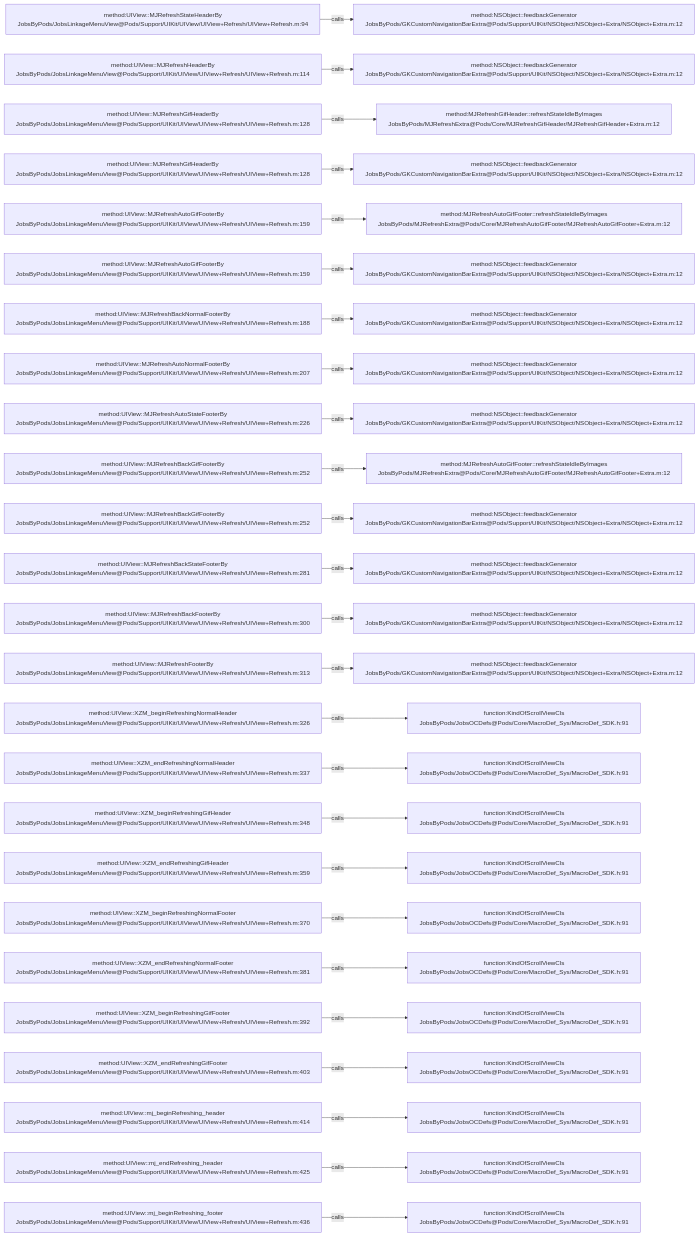
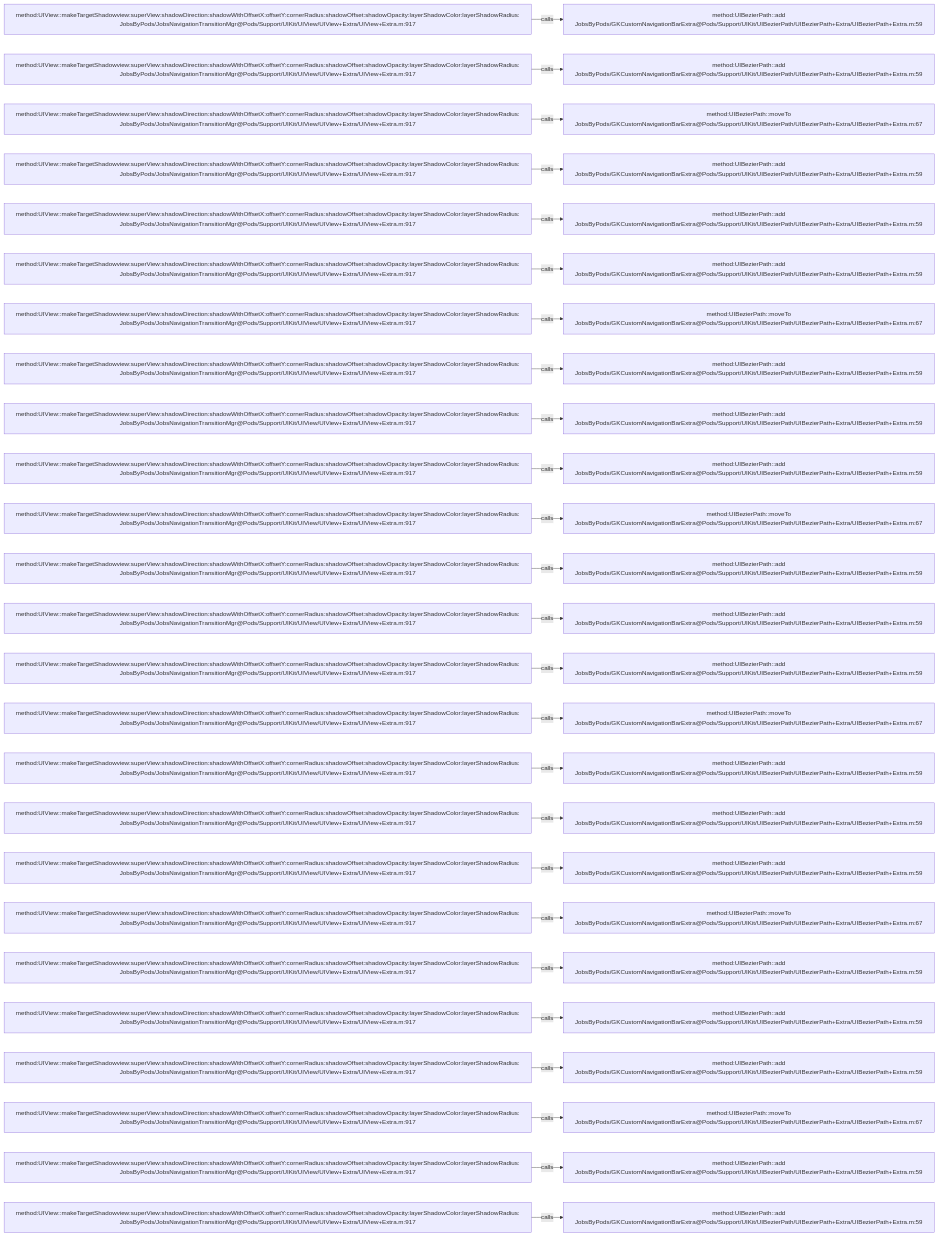
The diagram in .codegraph/codegraph.md/graphs/calls-138.md (JobsKits/JobsOCBaseConfigDemo), drawn with Mermaid before and after one commit. The commit also changed 1026 other files, not shown here.

````diff
--- a/.codegraph/codegraph.md/graphs/calls-138.md
+++ b/.codegraph/codegraph.md/graphs/calls-138.md
@@ -13,78 +13,78 @@
 ```mermaid
 flowchart LR
-  S1["method:UIView::MJRefreshStateHeaderBy<br/>JobsByPods/JobsLinkageMenuView@Pods/Support/UIKit/UIView/UIView+Refresh/UIView+Refresh.m:94"]
-  T1["method:NSObject::feedbackGenerator<br/>JobsByPods/GKCustomNavigationBarExtra@Pods/Support/UIKit/NSObject/NSObject+Extra/NSObject+Extra.m:12"]
+  S1["method:UIView::makeTargetShadowview:superView:shadowDirection:shadowWithOffsetX:offsetY:cornerRadius:shadowOffset:shadowOpacity:layerShadowColor:layerShadowRadius:<br/>JobsByPods/JobsNavigationTransitionMgr@Pods/Support/UIKit/UIView/UIView+Extra/UIView+Extra.m:917"]
+  T1["method:UIBezierPath::add<br/>JobsByPods/GKCustomNavigationBarExtra@Pods/Support/UIKit/UIBezierPath/UIBezierPath+Extra/UIBezierPath+Extra.m:59"]
   S1 -->|calls| T1
-  S2["method:UIView::MJRefreshHeaderBy<br/>JobsByPods/JobsLinkageMenuView@Pods/Support/UIKit/UIView/UIView+Refresh/UIView+Refresh.m:114"]
-  T2["method:NSObject::feedbackGenerator<br/>JobsByPods/GKCustomNavigationBarExtra@Pods/Support/UIKit/NSObject/NSObject+Extra/NSObject+Extra.m:12"]
+  S2["method:UIView::makeTargetShadowview:superView:shadowDirection:shadowWithOffsetX:offsetY:cornerRadius:shadowOffset:shadowOpacity:layerShadowColor:layerShadowRadius:<br/>JobsByPods/JobsNavigationTransitionMgr@Pods/Support/UIKit/UIView/UIView+Extra/UIView+Extra.m:917"]
+  T2["method:UIBezierPath::add<br/>JobsByPods/GKCustomNavigationBarExtra@Pods/Support/UIKit/UIBezierPath/UIBezierPath+Extra/UIBezierPath+Extra.m:59"]
   S2 -->|calls| T2
-  S3["method:UIView::MJRefreshGifHeaderBy<br/>JobsByPods/JobsLinkageMenuView@Pods/Support/UIKit/UIView/UIView+Refresh/UIView+Refresh.m:128"]
-  T3["method:MJRefreshGifHeader::refreshStateIdleByImages<br/>JobsByPods/MJRefreshExtra@Pods/Core/MJRefreshGifHeader/MJRefreshGifHeader+Extra.m:12"]
+  S3["method:UIView::makeTargetShadowview:superView:shadowDirection:shadowWithOffsetX:offsetY:cornerRadius:shadowOffset:shadowOpacity:layerShadowColor:layerShadowRadius:<br/>JobsByPods/JobsNavigationTransitionMgr@Pods/Support/UIKit/UIView/UIView+Extra/UIView+Extra.m:917"]
+  T3["method:UIBezierPath::moveTo<br/>JobsByPods/GKCustomNavigationBarExtra@Pods/Support/UIKit/UIBezierPath/UIBezierPath+Extra/UIBezierPath+Extra.m:67"]
   S3 -->|calls| T3
-  S4["method:UIView::MJRefreshGifHeaderBy<br/>JobsByPods/JobsLinkageMenuView@Pods/Support/UIKit/UIView/UIView+Refresh/UIView+Refresh.m:128"]
-  T4["method:NSObject::feedbackGenerator<br/>JobsByPods/GKCustomNavigationBarExtra@Pods/Support/UIKit/NSObject/NSObject+Extra/NSObject+Extra.m:12"]
+  S4["method:UIView::makeTargetShadowview:superView:shadowDirection:shadowWithOffsetX:offsetY:cornerRadius:shadowOffset:shadowOpacity:layerShadowColor:layerShadowRadius:<br/>JobsByPods/JobsNavigationTransitionMgr@Pods/Support/UIKit/UIView/UIView+Extra/UIView+Extra.m:917"]
+  T4["method:UIBezierPath::add<br/>JobsByPods/GKCustomNavigationBarExtra@Pods/Support/UIKit/UIBezierPath/UIBezierPath+Extra/UIBezierPath+Extra.m:59"]
   S4 -->|calls| T4
-  S5["method:UIView::MJRefreshAutoGifFooterBy<br/>JobsByPods/JobsLinkageMenuView@Pods/Support/UIKit/UIView/UIView+Refresh/UIView+Refresh.m:159"]
-  T5["method:MJRefreshAutoGifFooter::refreshStateIdleByImages<br/>JobsByPods/MJRefreshExtra@Pods/Core/MJRefreshAutoGifFooter/MJRefreshAutoGifFooter+Extra.m:12"]
+  S5["method:UIView::makeTargetShadowview:superView:shadowDirection:shadowWithOffsetX:offsetY:cornerRadius:shadowOffset:shadowOpacity:layerShadowColor:layerShadowRadius:<br/>JobsByPods/JobsNavigationTransitionMgr@Pods/Support/UIKit/UIView/UIView+Extra/UIView+Extra.m:917"]
+  T5["method:UIBezierPath::add<br/>JobsByPods/GKCustomNavigationBarExtra@Pods/Support/UIKit/UIBezierPath/UIBezierPath+Extra/UIBezierPath+Extra.m:59"]
   S5 -->|calls| T5
-  S6["method:UIView::MJRefreshAutoGifFooterBy<br/>JobsByPods/JobsLinkageMenuView@Pods/Support/UIKit/UIView/UIView+Refresh/UIView+Refresh.m:159"]
-  T6["method:NSObject::feedbackGenerator<br/>JobsByPods/GKCustomNavigationBarExtra@Pods/Support/UIKit/NSObject/NSObject+Extra/NSObject+Extra.m:12"]
+  S6["method:UIView::makeTargetShadowview:superView:shadowDirection:shadowWithOffsetX:offsetY:cornerRadius:shadowOffset:shadowOpacity:layerShadowColor:layerShadowRadius:<br/>JobsByPods/JobsNavigationTransitionMgr@Pods/Support/UIKit/UIView/UIView+Extra/UIView+Extra.m:917"]
+  T6["method:UIBezierPath::add<br/>JobsByPods/GKCustomNavigationBarExtra@Pods/Support/UIKit/UIBezierPath/UIBezierPath+Extra/UIBezierPath+Extra.m:59"]
   S6 -->|calls| T6
-  S7["method:UIView::MJRefreshBackNormalFooterBy<br/>JobsByPods/JobsLinkageMenuView@Pods/Support/UIKit/UIView/UIView+Refresh/UIView+Refresh.m:188"]
-  T7["method:NSObject::feedbackGenerator<br/>JobsByPods/GKCustomNavigationBarExtra@Pods/Support/UIKit/NSObject/NSObject+Extra/NSObject+Extra.m:12"]
+  S7["method:UIView::makeTargetShadowview:superView:shadowDirection:shadowWithOffsetX:offsetY:cornerRadius:shadowOffset:shadowOpacity:layerShadowColor:layerShadowRadius:<br/>JobsByPods/JobsNavigationTransitionMgr@Pods/Support/UIKit/UIView/UIView+Extra/UIView+Extra.m:917"]
+  T7["method:UIBezierPath::moveTo<br/>JobsByPods/GKCustomNavigationBarExtra@Pods/Support/UIKit/UIBezierPath/UIBezierPath+Extra/UIBezierPath+Extra.m:67"]
   S7 -->|calls| T7
-  S8["method:UIView::MJRefreshAutoNormalFooterBy<br/>JobsByPods/JobsLinkageMenuView@Pods/Support/UIKit/UIView/UIView+Refresh/UIView+Refresh.m:207"]
-  T8["method:NSObject::feedbackGenerator<br/>JobsByPods/GKCustomNavigationBarExtra@Pods/Support/UIKit/NSObject/NSObject+Extra/NSObject+Extra.m:12"]
+  S8["method:UIView::makeTargetShadowview:superView:shadowDirection:shadowWithOffsetX:offsetY:cornerRadius:shadowOffset:shadowOpacity:layerShadowColor:layerShadowRadius:<br/>JobsByPods/JobsNavigationTransitionMgr@Pods/Support/UIKit/UIView/UIView+Extra/UIView+Extra.m:917"]
+  T8["method:UIBezierPath::add<br/>JobsByPods/GKCustomNavigationBarExtra@Pods/Support/UIKit/UIBezierPath/UIBezierPath+Extra/UIBezierPath+Extra.m:59"]
   S8 -->|calls| T8
-  S9["method:UIView::MJRefreshAutoStateFooterBy<br/>JobsByPods/JobsLinkageMenuView@Pods/Support/UIKit/UIView/UIView+Refresh/UIView+Refresh.m:226"]
-  T9["method:NSObject::feedbackGenerator<br/>JobsByPods/GKCustomNavigationBarExtra@Pods/Support/UIKit/NSObject/NSObject+Extra/NSObject+Extra.m:12"]
+  S9["method:UIView::makeTargetShadowview:superView:shadowDirection:shadowWithOffsetX:offsetY:cornerRadius:shadowOffset:shadowOpacity:layerShadowColor:layerShadowRadius:<br/>JobsByPods/JobsNavigationTransitionMgr@Pods/Support/UIKit/UIView/UIView+Extra/UIView+Extra.m:917"]
+  T9["method:UIBezierPath::add<br/>JobsByPods/GKCustomNavigationBarExtra@Pods/Support/UIKit/UIBezierPath/UIBezierPath+Extra/UIBezierPath+Extra.m:59"]
   S9 -->|calls| T9
-  S10["method:UIView::MJRefreshBackGifFooterBy<br/>JobsByPods/JobsLinkageMenuView@Pods/Support/UIKit/UIView/UIView+Refresh/UIView+Refresh.m:252"]
-  T10["method:MJRefreshAutoGifFooter::refreshStateIdleByImages<br/>JobsByPods/MJRefreshExtra@Pods/Core/MJRefreshAutoGifFooter/MJRefreshAutoGifFooter+Extra.m:12"]
+  S10["method:UIView::makeTargetShadowview:superView:shadowDirection:shadowWithOffsetX:offsetY:cornerRadius:shadowOffset:shadowOpacity:layerShadowColor:layerShadowRadius:<br/>JobsByPods/JobsNavigationTransitionMgr@Pods/Support/UIKit/UIView/UIView+Extra/UIView+Extra.m:917"]
+  T10["method:UIBezierPath::add<br/>JobsByPods/GKCustomNavigationBarExtra@Pods/Support/UIKit/UIBezierPath/UIBezierPath+Extra/UIBezierPath+Extra.m:59"]
   S10 -->|calls| T10
-  S11["method:UIView::MJRefreshBackGifFooterBy<br/>JobsByPods/JobsLinkageMenuView@Pods/Support/UIKit/UIView/UIView+Refresh/UIView+Refresh.m:252"]
-  T11["method:NSObject::feedbackGenerator<br/>JobsByPods/GKCustomNavigationBarExtra@Pods/Support/UIKit/NSObject/NSObject+Extra/NSObject+Extra.m:12"]
+  S11["method:UIView::makeTargetShadowview:superView:shadowDirection:shadowWithOffsetX:offsetY:cornerRadius:shadowOffset:shadowOpacity:layerShadowColor:layerShadowRadius:<br/>JobsByPods/JobsNavigationTransitionMgr@Pods/Support/UIKit/UIView/UIView+Extra/UIView+Extra.m:917"]
+  T11["method:UIBezierPath::moveTo<br/>JobsByPods/GKCustomNavigationBarExtra@Pods/Support/UIKit/UIBezierPath/UIBezierPath+Extra/UIBezierPath+Extra.m:67"]
   S11 -->|calls| T11
-  S12["method:UIView::MJRefreshBackStateFooterBy<br/>JobsByPods/JobsLinkageMenuView@Pods/Support/UIKit/UIView/UIView+Refresh/UIView+Refresh.m:281"]
-  T12["method:NSObject::feedbackGenerator<br/>JobsByPods/GKCustomNavigationBarExtra@Pods/Support/UIKit/NSObject/NSObject+Extra/NSObject+Extra.m:12"]
+  S12["method:UIView::makeTargetShadowview:superView:shadowDirection:shadowWithOffsetX:offsetY:cornerRadius:shadowOffset:shadowOpacity:layerShadowColor:layerShadowRadius:<br/>JobsByPods/JobsNavigationTransitionMgr@Pods/Support/UIKit/UIView/UIView+Extra/UIView+Extra.m:917"]
+  T12["method:UIBezierPath::add<br/>JobsByPods/GKCustomNavigationBarExtra@Pods/Support/UIKit/UIBezierPath/UIBezierPath+Extra/UIBezierPath+Extra.m:59"]
   S12 -->|calls| T12
-  S13["method:UIView::MJRefreshBackFooterBy<br/>JobsByPods/JobsLinkageMenuView@Pods/Support/UIKit/UIView/UIView+Refresh/UIView+Refresh.m:300"]
-  T13["method:NSObject::feedbackGenerator<br/>JobsByPods/GKCustomNavigationBarExtra@Pods/Support/UIKit/NSObject/NSObject+Extra/NSObject+Extra.m:12"]
+  S13["method:UIView::makeTargetShadowview:superView:shadowDirection:shadowWithOffsetX:offsetY:cornerRadius:shadowOffset:shadowOpacity:layerShadowColor:layerShadowRadius:<br/>JobsByPods/JobsNavigationTransitionMgr@Pods/Support/UIKit/UIView/UIView+Extra/UIView+Extra.m:917"]
+  T13["method:UIBezierPath::add<br/>JobsByPods/GKCustomNavigationBarExtra@Pods/Support/UIKit/UIBezierPath/UIBezierPath+Extra/UIBezierPath+Extra.m:59"]
   S13 -->|calls| T13
-  S14["method:UIView::MJRefreshFooterBy<br/>JobsByPods/JobsLinkageMenuView@Pods/Support/UIKit/UIView/UIView+Refresh/UIView+Refresh.m:313"]
-  T14["method:NSObject::feedbackGenerator<br/>JobsByPods/GKCustomNavigationBarExtra@Pods/Support/UIKit/NSObject/NSObject+Extra/NSObject+Extra.m:12"]
+  S14["method:UIView::makeTargetShadowview:superView:shadowDirection:shadowWithOffsetX:offsetY:cornerRadius:shadowOffset:shadowOpacity:layerShadowColor:layerShadowRadius:<br/>JobsByPods/JobsNavigationTransitionMgr@Pods/Support/UIKit/UIView/UIView+Extra/UIView+Extra.m:917"]
+  T14["method:UIBezierPath::add<br/>JobsByPods/GKCustomNavigationBarExtra@Pods/Support/UIKit/UIBezierPath/UIBezierPath+Extra/UIBezierPath+Extra.m:59"]
   S14 -->|calls| T14
-  S15["method:UIView::XZM_beginRefreshingNormalHeader<br/>JobsByPods/JobsLinkageMenuView@Pods/Support/UIKit/UIView/UIView+Refresh/UIView+Refresh.m:326"]
-  T15["function:KindOfScrollViewCls<br/>JobsByPods/JobsOCDefs@Pods/Core/MacroDef_Sys/MacroDef_SDK.h:91"]
+  S15["method:UIView::makeTargetShadowview:superView:shadowDirection:shadowWithOffsetX:offsetY:cornerRadius:shadowOffset:shadowOpacity:layerShadowColor:layerShadowRadius:<br/>JobsByPods/JobsNavigationTransitionMgr@Pods/Support/UIKit/UIView/UIView+Extra/UIView+Extra.m:917"]
+  T15["method:UIBezierPath::moveTo<br/>JobsByPods/GKCustomNavigationBarExtra@Pods/Support/UIKit/UIBezierPath/UIBezierPath+Extra/UIBezierPath+Extra.m:67"]
   S15 -->|calls| T15
-  S16["method:UIView::XZM_endRefreshingNormalHeader<br/>JobsByPods/JobsLinkageMenuView@Pods/Support/UIKit/UIView/UIView+Refresh/UIView+Refresh.m:337"]
-  T16["function:KindOfScrollViewCls<br/>JobsByPods/JobsOCDefs@Pods/Core/MacroDef_Sys/MacroDef_SDK.h:91"]
+  S16["method:UIView::makeTargetShadowview:superView:shadowDirection:shadowWithOffsetX:offsetY:cornerRadius:shadowOffset:shadowOpacity:layerShadowColor:layerShadowRadius:<br/>JobsByPods/JobsNavigationTransitionMgr@Pods/Support/UIKit/UIView/UIView+Extra/UIView+Extra.m:917"]
+  T16["method:UIBezierPath::add<br/>JobsByPods/GKCustomNavigationBarExtra@Pods/Support/UIKit/UIBezierPath/UIBezierPath+Extra/UIBezierPath+Extra.m:59"]
   S16 -->|calls| T16
-  S17["method:UIView::XZM_beginRefreshingGifHeader<br/>JobsByPods/JobsLinkageMenuView@Pods/Support/UIKit/UIView/UIView+Refresh/UIView+Refresh.m:348"]
-  T17["function:KindOfScrollViewCls<br/>JobsByPods/JobsOCDefs@Pods/Core/MacroDef_Sys/MacroDef_SDK.h:91"]
+  S17["method:UIView::makeTargetShadowview:superView:shadowDirection:shadowWithOffsetX:offsetY:cornerRadius:shadowOffset:shadowOpacity:layerShadowColor:layerShadowRadius:<br/>JobsByPods/JobsNavigationTransitionMgr@Pods/Support/UIKit/UIView/UIView+Extra/UIView+Extra.m:917"]
+  T17["method:UIBezierPath::add<br/>JobsByPods/GKCustomNavigationBarExtra@Pods/Support/UIKit/UIBezierPath/UIBezierPath+Extra/UIBezierPath+Extra.m:59"]
   S17 -->|calls| T17
-  S18["method:UIView::XZM_endRefreshingGifHeader<br/>JobsByPods/JobsLinkageMenuView@Pods/Support/UIKit/UIView/UIView+Refresh/UIView+Refresh.m:359"]
-  T18["function:KindOfScrollViewCls<br/>JobsByPods/JobsOCDefs@Pods/Core/MacroDef_Sys/MacroDef_SDK.h:91"]
+  S18["method:UIView::makeTargetShadowview:superView:shadowDirection:shadowWithOffsetX:offsetY:cornerRadius:shadowOffset:shadowOpacity:layerShadowColor:layerShadowRadius:<br/>JobsByPods/JobsNavigationTransitionMgr@Pods/Support/UIKit/UIView/UIView+Extra/UIView+Extra.m:917"]
+  T18["method:UIBezierPath::add<br/>JobsByPods/GKCustomNavigationBarExtra@Pods/Support/UIKit/UIBezierPath/UIBezierPath+Extra/UIBezierPath+Extra.m:59"]
   S18 -->|calls| T18
-  S19["method:UIView::XZM_beginRefreshingNormalFooter<br/>JobsByPods/JobsLinkageMenuView@Pods/Support/UIKit/UIView/UIView+Refresh/UIView+Refresh.m:370"]
-  T19["function:KindOfScrollViewCls<br/>JobsByPods/JobsOCDefs@Pods/Core/MacroDef_Sys/MacroDef_SDK.h:91"]
+  S19["method:UIView::makeTargetShadowview:superView:shadowDirection:shadowWithOffsetX:offsetY:cornerRadius:shadowOffset:shadowOpacity:layerShadowColor:layerShadowRadius:<br/>JobsByPods/JobsNavigationTransitionMgr@Pods/Support/UIKit/UIView/UIView+Extra/UIView+Extra.m:917"]
+  T19["method:UIBezierPath::moveTo<br/>JobsByPods/GKCustomNavigationBarExtra@Pods/Support/UIKit/UIBezierPath/UIBezierPath+Extra/UIBezierPath+Extra.m:67"]
   S19 -->|calls| T19
-  S20["method:UIView::XZM_endRefreshingNormalFooter<br/>JobsByPods/JobsLinkageMenuView@Pods/Support/UIKit/UIView/UIView+Refresh/UIView+Refresh.m:381"]
-  T20["function:KindOfScrollViewCls<br/>JobsByPods/JobsOCDefs@Pods/Core/MacroDef_Sys/MacroDef_SDK.h:91"]
+  S20["method:UIView::makeTargetShadowview:superView:shadowDirection:shadowWithOffsetX:offsetY:cornerRadius:shadowOffset:shadowOpacity:layerShadowColor:layerShadowRadius:<br/>JobsByPods/JobsNavigationTransitionMgr@Pods/Support/UIKit/UIView/UIView+Extra/UIView+Extra.m:917"]
+  T20["method:UIBezierPath::add<br/>JobsByPods/GKCustomNavigationBarExtra@Pods/Support/UIKit/UIBezierPath/UIBezierPath+Extra/UIBezierPath+Extra.m:59"]
   S20 -->|calls| T20
-  S21["method:UIView::XZM_beginRefreshingGifFooter<br/>JobsByPods/JobsLinkageMenuView@Pods/Support/UIKit/UIView/UIView+Refresh/UIView+Refresh.m:392"]
-  T21["function:KindOfScrollViewCls<br/>JobsByPods/JobsOCDefs@Pods/Core/MacroDef_Sys/MacroDef_SDK.h:91"]
+  S21["method:UIView::makeTargetShadowview:superView:shadowDirection:shadowWithOffsetX:offsetY:cornerRadius:shadowOffset:shadowOpacity:layerShadowColor:layerShadowRadius:<br/>JobsByPods/JobsNavigationTransitionMgr@Pods/Support/UIKit/UIView/UIView+Extra/UIView+Extra.m:917"]
+  T21["method:UIBezierPath::add<br/>JobsByPods/GKCustomNavigationBarExtra@Pods/Support/UIKit/UIBezierPath/UIBezierPath+Extra/UIBezierPath+Extra.m:59"]
   S21 -->|calls| T21
-  S22["method:UIView::XZM_endRefreshingGifFooter<br/>JobsByPods/JobsLinkageMenuView@Pods/Support/UIKit/UIView/UIView+Refresh/UIView+Refresh.m:403"]
-  T22["function:KindOfScrollViewCls<br/>JobsByPods/JobsOCDefs@Pods/Core/MacroDef_Sys/MacroDef_SDK.h:91"]
+  S22["method:UIView::makeTargetShadowview:superView:shadowDirection:shadowWithOffsetX:offsetY:cornerRadius:shadowOffset:shadowOpacity:layerShadowColor:layerShadowRadius:<br/>JobsByPods/JobsNavigationTransitionMgr@Pods/Support/UIKit/UIView/UIView+Extra/UIView+Extra.m:917"]
+  T22["method:UIBezierPath::add<br/>JobsByPods/GKCustomNavigationBarExtra@Pods/Support/UIKit/UIBezierPath/UIBezierPath+Extra/UIBezierPath+Extra.m:59"]
   S22 -->|calls| T22
-  S23["method:UIView::mj_beginRefreshing_header<br/>JobsByPods/JobsLinkageMenuView@Pods/Support/UIKit/UIView/UIView+Refresh/UIView+Refresh.m:414"]
-  T23["function:KindOfScrollViewCls<br/>JobsByPods/JobsOCDefs@Pods/Core/MacroDef_Sys/MacroDef_SDK.h:91"]
+  S23["method:UIView::makeTargetShadowview:superView:shadowDirection:shadowWithOffsetX:offsetY:cornerRadius:shadowOffset:shadowOpacity:layerShadowColor:layerShadowRadius:<br/>JobsByPods/JobsNavigationTransitionMgr@Pods/Support/UIKit/UIView/UIView+Extra/UIView+Extra.m:917"]
+  T23["method:UIBezierPath::moveTo<br/>JobsByPods/GKCustomNavigationBarExtra@Pods/Support/UIKit/UIBezierPath/UIBezierPath+Extra/UIBezierPath+Extra.m:67"]
   S23 -->|calls| T23
-  S24["method:UIView::mj_endRefreshing_header<br/>JobsByPods/JobsLinkageMenuView@Pods/Support/UIKit/UIView/UIView+Refresh/UIView+Refresh.m:425"]
-  T24["function:KindOfScrollViewCls<br/>JobsByPods/JobsOCDefs@Pods/Core/MacroDef_Sys/MacroDef_SDK.h:91"]
+  S24["method:UIView::makeTargetShadowview:superView:shadowDirection:shadowWithOffsetX:offsetY:cornerRadius:shadowOffset:shadowOpacity:layerShadowColor:layerShadowRadius:<br/>JobsByPods/JobsNavigationTransitionMgr@Pods/Support/UIKit/UIView/UIView+Extra/UIView+Extra.m:917"]
+  T24["method:UIBezierPath::add<br/>JobsByPods/GKCustomNavigationBarExtra@Pods/Support/UIKit/UIBezierPath/UIBezierPath+Extra/UIBezierPath+Extra.m:59"]
   S24 -->|calls| T24
-  S25["method:UIView::mj_beginRefreshing_footer<br/>JobsByPods/JobsLinkageMenuView@Pods/Support/UIKit/UIView/UIView+Refresh/UIView+Refresh.m:436"]
-  T25["function:KindOfScrollViewCls<br/>JobsByPods/JobsOCDefs@Pods/Core/MacroDef_Sys/MacroDef_SDK.h:91"]
+  S25["method:UIView::makeTargetShadowview:superView:shadowDirection:shadowWithOffsetX:offsetY:cornerRadius:shadowOffset:shadowOpacity:layerShadowColor:layerShadowRadius:<br/>JobsByPods/JobsNavigationTransitionMgr@Pods/Support/UIKit/UIView/UIView+Extra/UIView+Extra.m:917"]
+  T25["method:UIBezierPath::add<br/>JobsByPods/GKCustomNavigationBarExtra@Pods/Support/UIKit/UIBezierPath/UIBezierPath+Extra/UIBezierPath+Extra.m:59"]
   S25 -->|calls| T25
 ```
````
